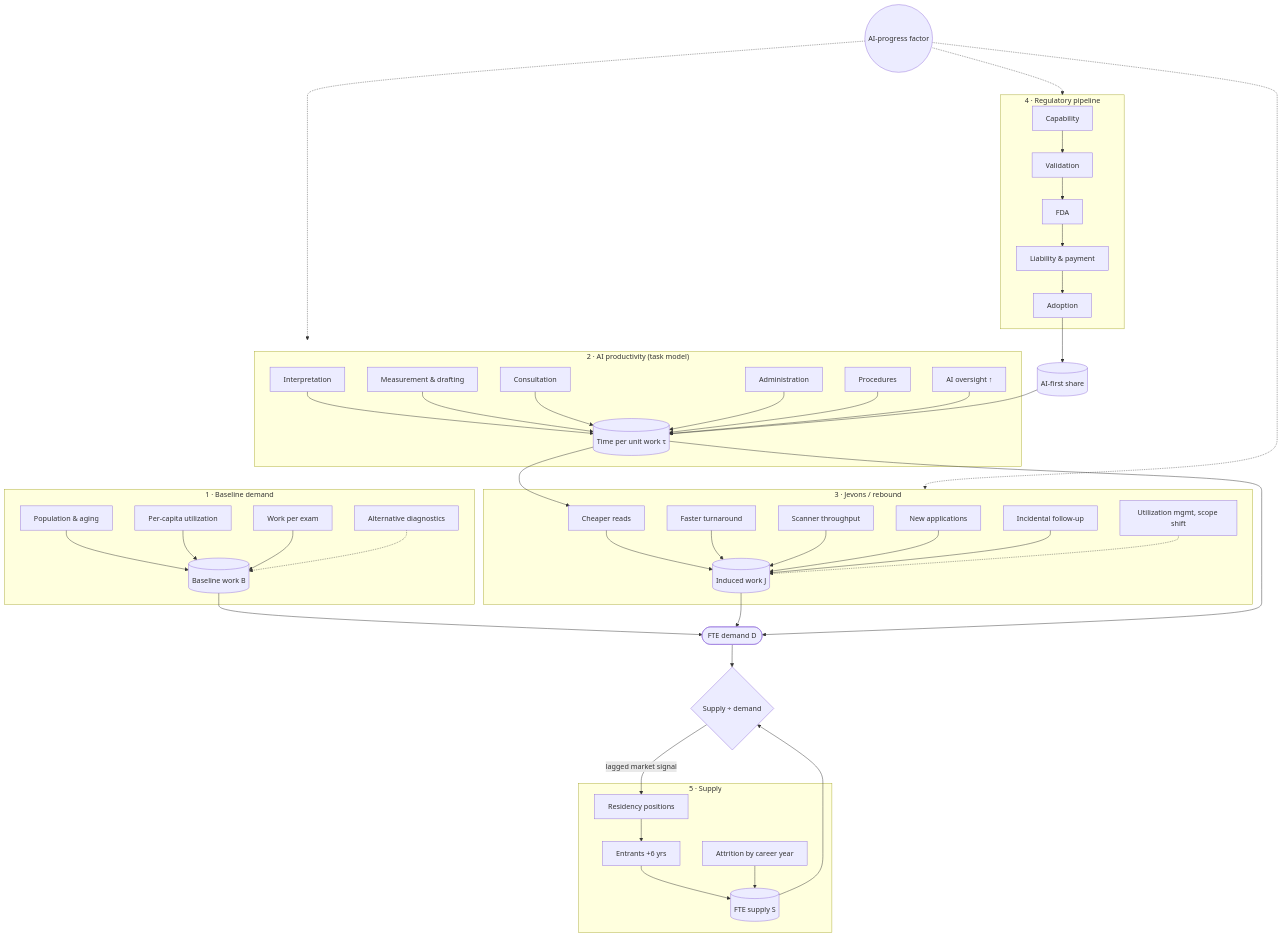
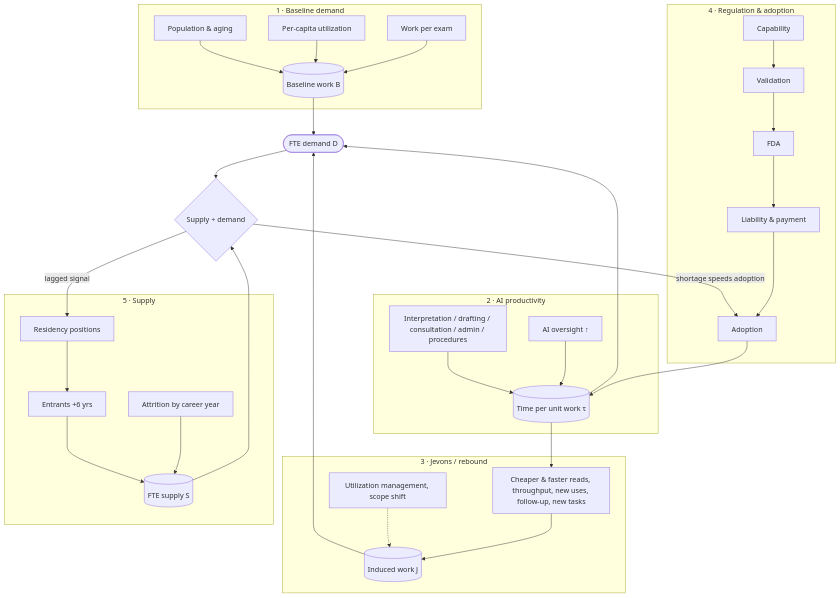
One commit to ethanuser/radiology changed the diagram in REPORT.md. Above: the diagram before and after it, drawn with Mermaid. The commit also changed other lines of this file and 60 other files, not shown here.

````diff
--- a/REPORT.md
+++ b/REPORT.md
@@ -153,41 +229,32 @@
 ```mermaid
 flowchart TB
   subgraph Demand["1 · Baseline demand"]
     A1[Population & aging] --> B[(Baseline work B)]
     A2[Per-capita utilization] --> B
     A3[Work per exam] --> B
-    A4[Alternative diagnostics] -.-> B
   end
-  subgraph AI["2 · AI productivity (task model)"]
-    C1[Interpretation] --> T[(Time per unit work τ)]
-    C2[Measurement & drafting] --> T
-    C3[Consultation] --> T
-    C4[Administration] --> T
-    C5[Procedures] --> T
+  subgraph AI["2 · AI productivity"]
+    C1[Interpretation / drafting / consultation / admin / procedures] --> T[(Time per unit work τ)]
     C6[AI oversight ↑] --> T
   end
-  subgraph Reg["4 · Regulatory pipeline"]
+  subgraph Reg["4 · Regulation & adoption"]
     R1[Capability] --> R2[Validation] --> R3[FDA] --> R4[Liability & payment] --> R5[Adoption]
   end
-  R5 --> AU[(AI-first share)] --> T
+  R5 --> T
   subgraph Jev["3 · Jevons / rebound"]
-    J1[Cheaper reads] --> J[(Induced work J)]
-    J2[Faster turnaround] --> J
-    J3[Scanner throughput] --> J
-    J4[New applications] --> J
-    J5[Incidental follow-up] --> J
-    J6[Utilization mgmt, scope shift] -.-> J
+    J1[Cheaper & faster reads, throughput, new uses, follow-up, new tasks] --> J[(Induced work J)]
+    J6[Utilization management, scope shift] -.-> J
   end
   T --> J1
   B --> D([FTE demand D])
   J --> D
   T --> D
   subgraph Sup["5 · Supply"]
     S1[Residency positions] --> S2[Entrants +6 yrs] --> S[(FTE supply S)]
     S3[Attrition by career year] --> S
   end
   D --> RR{Supply ÷ demand}
   S --> RR
-  RR -->|lagged market signal| S1
-  Z((AI-progress factor)) -.-> AI & Reg & Jev
+  RR -->|lagged signal| S1
+  RR -->|shortage speeds adoption| R5
 ```
````
